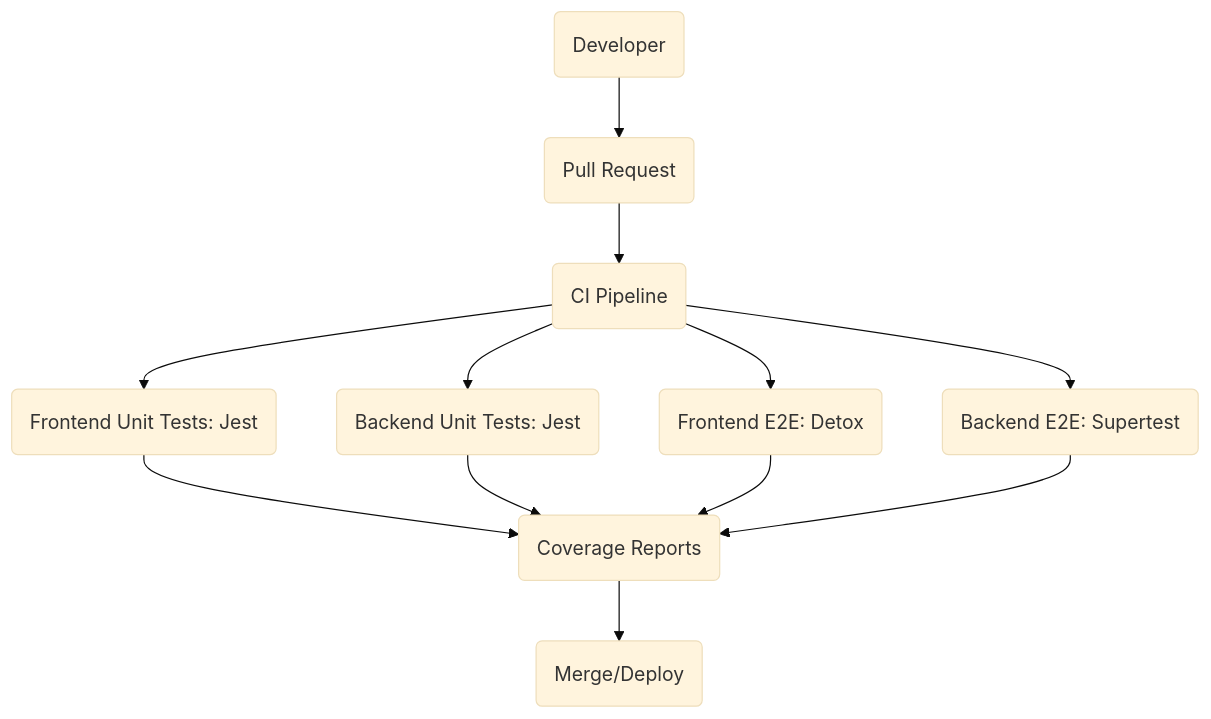
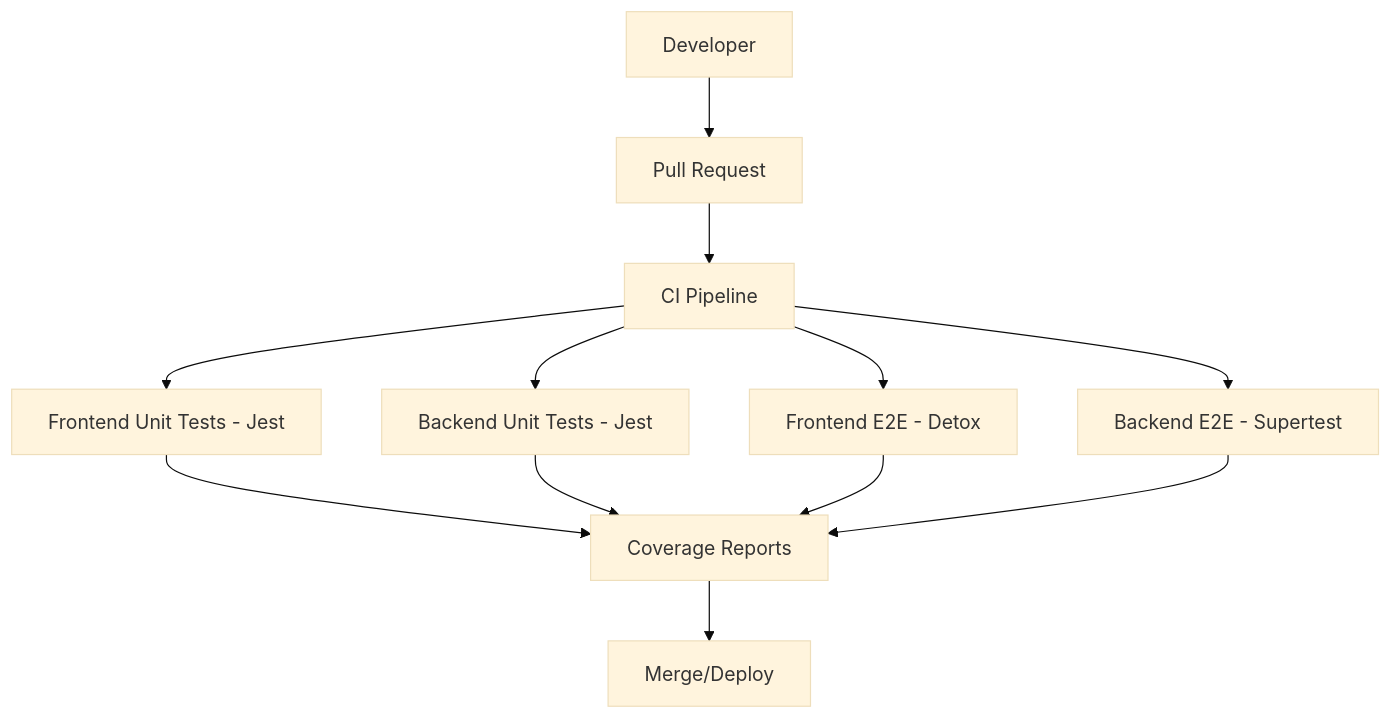
One commit to mohan-slack/HUX changed the first of 2 diagrams in HUX/HUXtesting.md. Above: the diagram before and after it, drawn with Mermaid (base theme). The commit also changed other lines of this file and 2 other files, not shown here.

````diff
--- a/HUX/HUXtesting.md
+++ b/HUX/HUXtesting.md
@@ -21,24 +21,24 @@
 ```mermaid
 flowchart TD
-  Dev(Developer)
-  PR(Pull Request)
-  CI(CI Pipeline)
-  FEUnit(Frontend Unit Tests: Jest)
-  FEE2E(Frontend E2E: Detox)
-  BEUnit(Backend Unit Tests: Jest)
-  BEE2E(Backend E2E: Supertest)
-  Coverage(Coverage Reports)
-  Merge(Merge/Deploy)
+  Dev[Developer]
+  PR[Pull Request]
+  CI[CI Pipeline]
+  FEUnit[Frontend Unit Tests - Jest]
+  FEE2E[Frontend E2E - Detox]
+  BEUnit[Backend Unit Tests - Jest]
+  BEE2E[Backend E2E - Supertest]
+  Coverage[Coverage Reports]
+  Merge[Merge/Deploy]
 
   Dev --> PR
   PR --> CI
   CI --> FEUnit
   CI --> FEE2E
   CI --> BEUnit
   CI --> BEE2E
   FEUnit --> Coverage
   BEUnit --> Coverage
   FEE2E --> Coverage
   BEE2E --> Coverage
   Coverage --> Merge
 ```
````
